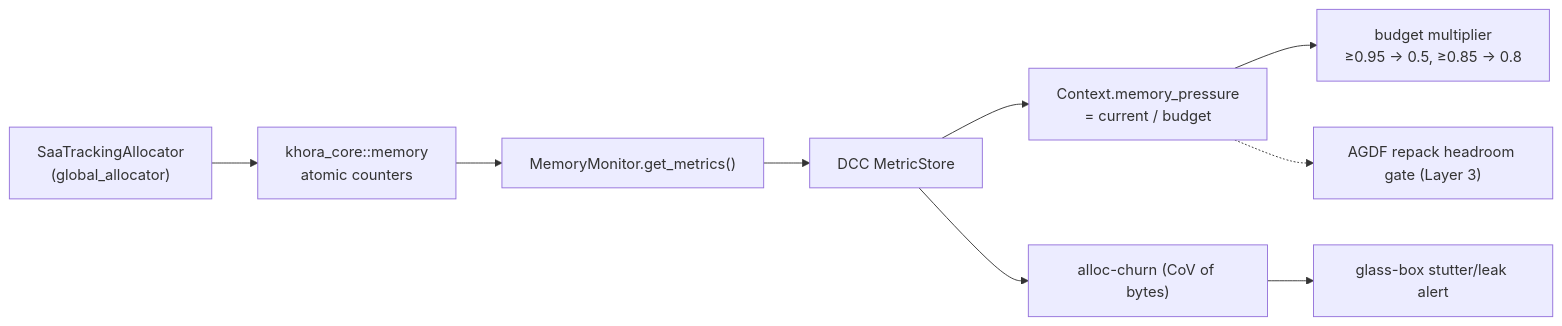
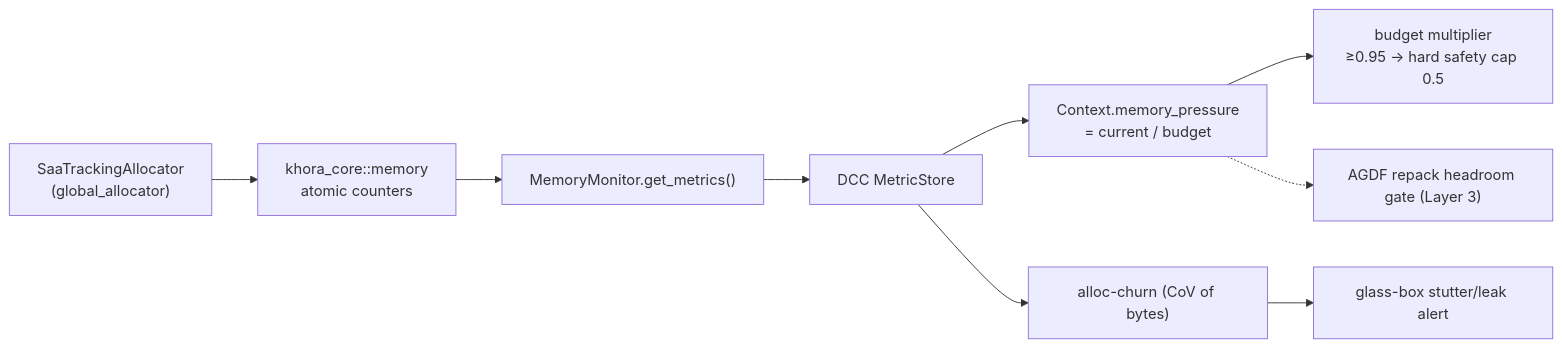
One commit to eraflo/KhoraEngine changed the fourth of 5 diagrams in docs/src/20_agdf.md. Above: the diagram before and after it, drawn with Mermaid. The commit also changed other lines of this file and 76 other files, not shown here.

````diff
--- a/docs/src/20_agdf.md
+++ b/docs/src/20_agdf.md
@@ -196,11 +196,11 @@
 ```mermaid
 flowchart LR
     A["SaaTrackingAllocator<br/>(global_allocator)"] --> C["khora_core::memory<br/>atomic counters"]
     C --> M["MemoryMonitor.get_metrics()"]
     M --> ST["DCC MetricStore"]
     ST --> P["Context.memory_pressure<br/>= current / budget"]
     ST --> CH["alloc-churn (CoV of bytes)"]
-    P --> BUD["budget multiplier<br/>≥0.95 → 0.5, ≥0.85 → 0.8"]
+    P --> BUD["budget multiplier<br/>≥0.95 → hard safety cap 0.5"]
     P -.-> GATE["AGDF repack headroom gate (Layer 3)"]
     CH --> ALERT["glass-box stutter/leak alert"]
 ```
````
